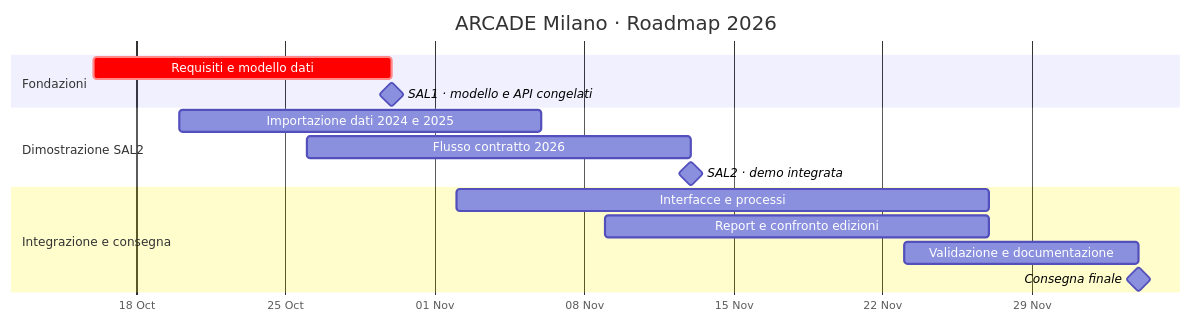
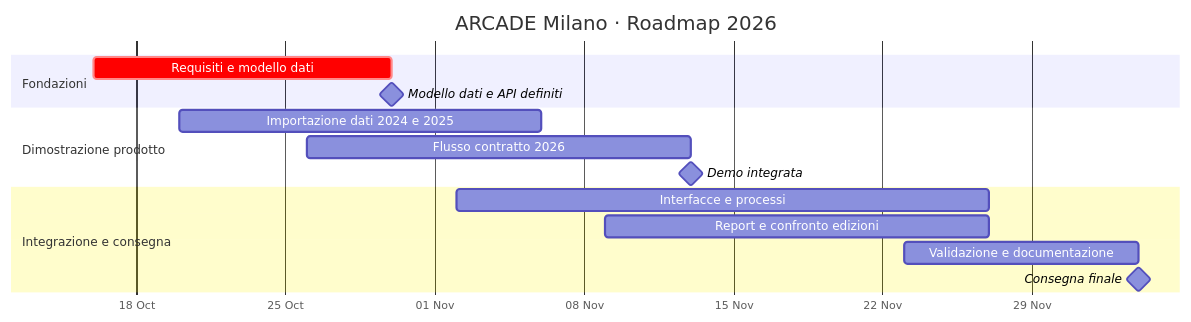
Before and after one commit to stand-up-arcade-milan/Standup-platform: the third of 3 diagrams in README.md, drawn with Mermaid. The commit also changed other lines of this file and 1 other file, not shown here.

````diff
--- a/README.md
+++ b/README.md
@@ -171,21 +171,21 @@
 ```mermaid
 gantt
     title ARCADE Milano · Roadmap 2026
     dateFormat YYYY-MM-DD
     axisFormat %d %b
 
     section Fondazioni
     Requisiti e modello dati       :crit, req, 2026-10-16, 2026-10-30
-    SAL1 · modello e API congelati :milestone, sal1, 2026-10-30, 0d
+    Modello dati e API definiti :milestone, sal1, 2026-10-30, 0d
 
-    section Dimostrazione SAL2
+    section Dimostrazione prodotto
     Importazione dati 2024 e 2025  :hist, 2026-10-20, 2026-11-06
     Flusso contratto 2026         :contract, 2026-10-26, 2026-11-13
-    SAL2 · demo integrata          :milestone, sal2, 2026-11-13, 0d
+    Demo integrata          :milestone, sal2, 2026-11-13, 0d
 
     section Integrazione e consegna
     Interfacce e processi          :apps, 2026-11-02, 2026-11-27
     Report e confronto edizioni    :reports, 2026-11-09, 2026-11-27
     Validazione e documentazione   :docs, 2026-11-23, 2026-12-04
     Consegna finale                :milestone, final, 2026-12-04, 0d
 ```
````
